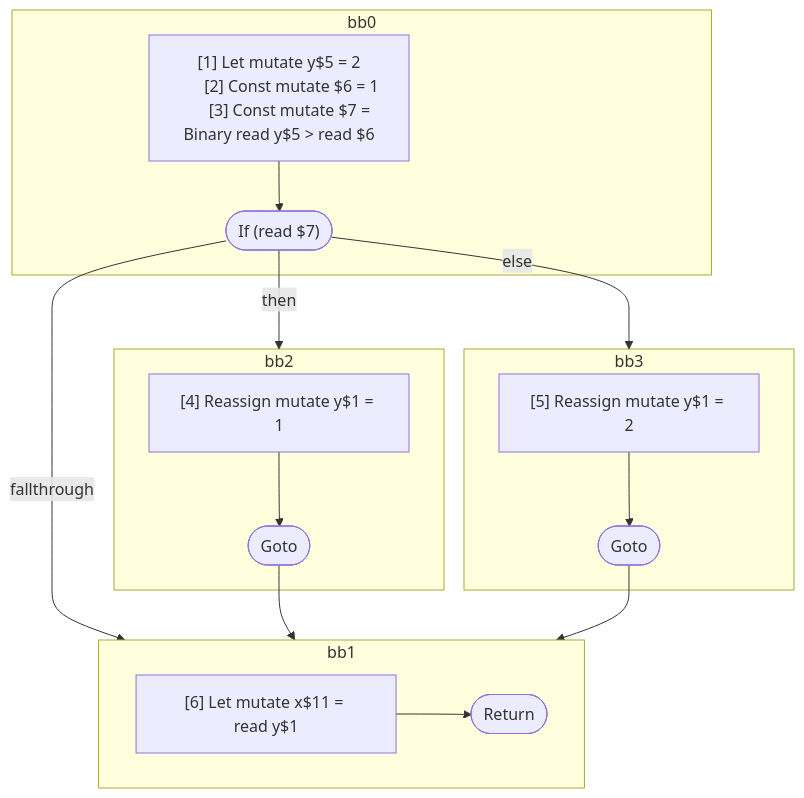
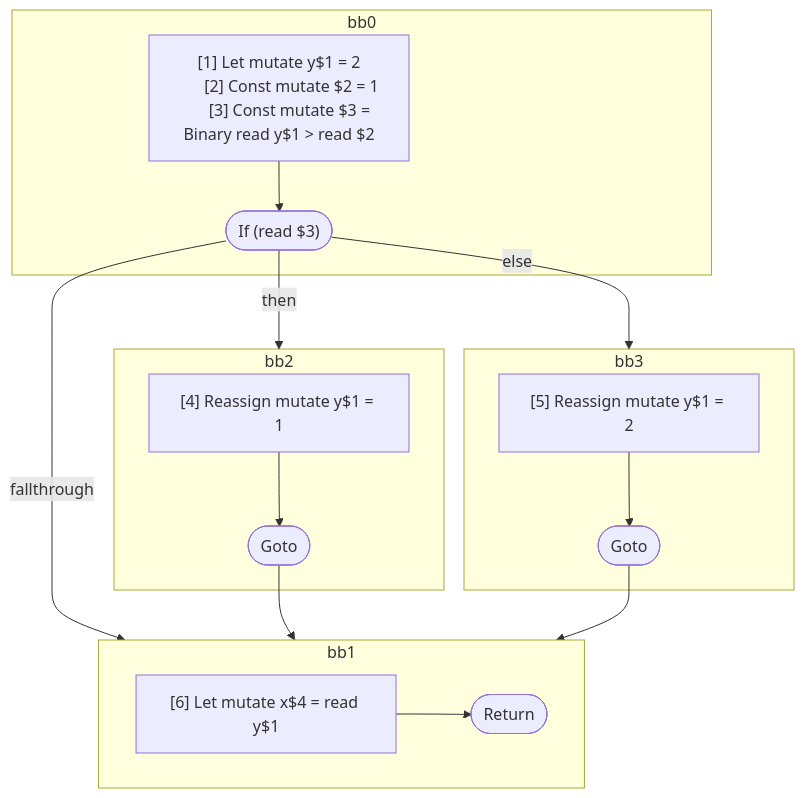
One commit to wutsmog/private changed the diagram in compiler/forget/src/__tests__/fixtures/hir/ssa-simple-phi.expect.md. Above: the diagram before and after it, drawn with Mermaid. The commit also changed other lines of this file and 57 other files, not shown here.

````diff
--- a/compiler/forget/src/__tests__/fixtures/hir/ssa-simple-phi.expect.md
+++ b/compiler/forget/src/__tests__/fixtures/hir/ssa-simple-phi.expect.md
@@ -43,38 +43,38 @@
 ```mermaid
 flowchart TB
   %% Basic Blocks
   subgraph bb0
     bb0_instrs["
-      [1] Let mutate y$5 = 2
-      [2] Const mutate $6 = 1
-      [3] Const mutate $7 = Binary read y$5 > read $6
+      [1] Let mutate y$1 = 2
+      [2] Const mutate $2 = 1
+      [3] Const mutate $3 = Binary read y$1 > read $2
     "]
-    bb0_instrs --> bb0_terminal(["If (read $7)"])
+    bb0_instrs --> bb0_terminal(["If (read $3)"])
   end
   subgraph bb2
     bb2_instrs["
       [4] Reassign mutate y$1 = 1
     "]
     bb2_instrs --> bb2_terminal(["Goto"])
   end
   subgraph bb3
     bb3_instrs["
       [5] Reassign mutate y$1 = 2
     "]
     bb3_instrs --> bb3_terminal(["Goto"])
   end
   subgraph bb1
     bb1_instrs["
-      [6] Let mutate x$11 = read y$1
+      [6] Let mutate x$4 = read y$1
     "]
     bb1_instrs --> bb1_terminal(["Return"])
   end
 
   %% Jumps
   bb0_terminal -- then --> bb2
   bb0_terminal -- else --> bb3
   bb0_terminal -- fallthrough --> bb1
   bb2_terminal --> bb1
   bb3_terminal --> bb1
 
 ```
````
